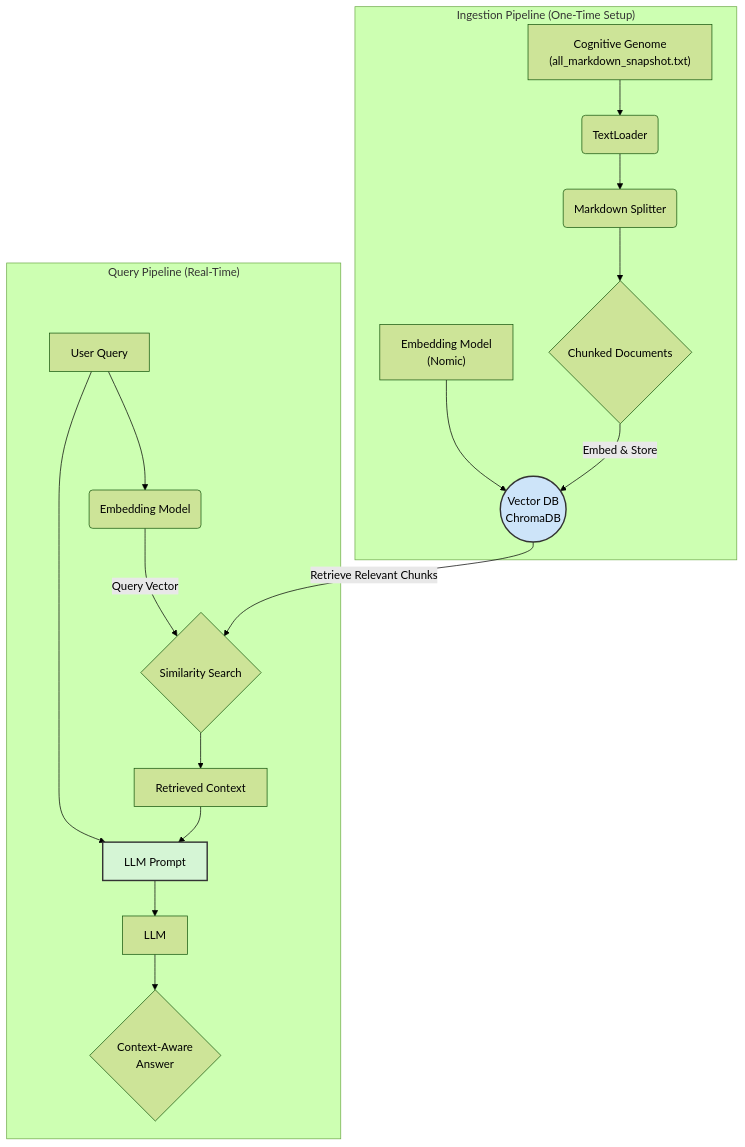
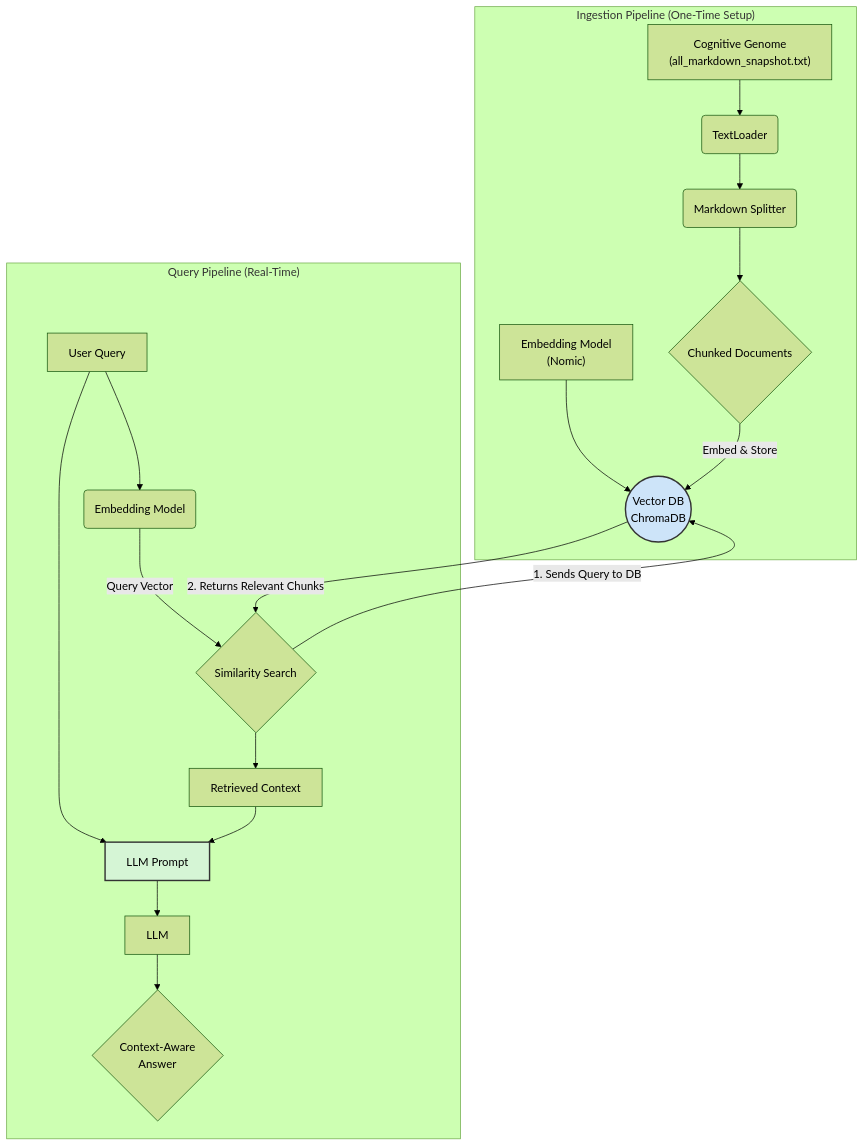
The diagram in mnemonic_cortex/README.md (richfrem/Project_Sanctuary), drawn with Mermaid (forest theme) before and after one commit. The commit also changed 2 other files, not shown here.

Commit message:
updated mermaid

````diff
--- a/mnemonic_cortex/README.md
+++ b/mnemonic_cortex/README.md
@@ -24,27 +24,32 @@
 ```mermaid
 graph TD
     subgraph "Ingestion Pipeline (One-Time Setup)"
         A["Cognitive Genome<br/>(all_markdown_snapshot.txt)"] --> B(TextLoader);
         B --> C(Markdown Splitter);
         C --> D{Chunked Documents};
         E["Embedding Model<br/>(Nomic)"] --> F(("Vector DB<br/>ChromaDB"));
         D -- Embed & Store --> F;
     end
 
     subgraph "Query Pipeline (Real-Time)"
         G[User Query] --> H(Embedding Model);
         H -- Query Vector --> I{Similarity Search};
-        F -- Retrieve Relevant Chunks --> I;
+        
+        %% --- CORRECTED FLOW ---
+        I -- "1. Sends Query to DB" --> F;
+        F -- "2. Returns Relevant Chunks" --> I;
+        %% --- END CORRECTION ---
+
         I --> J[Retrieved Context];
         
         K[LLM Prompt]
         G --> K;
         J --> K;
 
         K --> L[LLM];
         L --> M{"Context-Aware<br/>Answer"};
     end
 
     style F fill:#cde4f9,stroke:#333,stroke-width:2px
     style K fill:#d5f5d5,stroke:#333,stroke-width:2px
 ```
````
